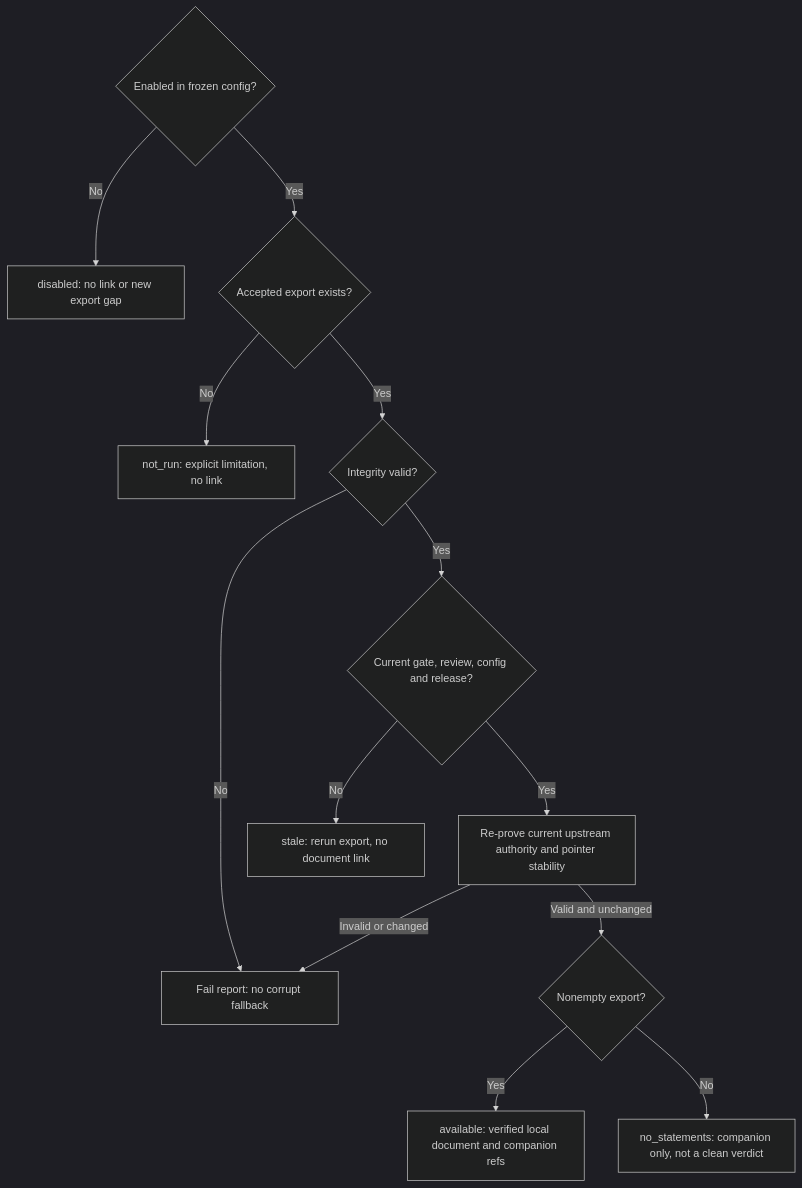
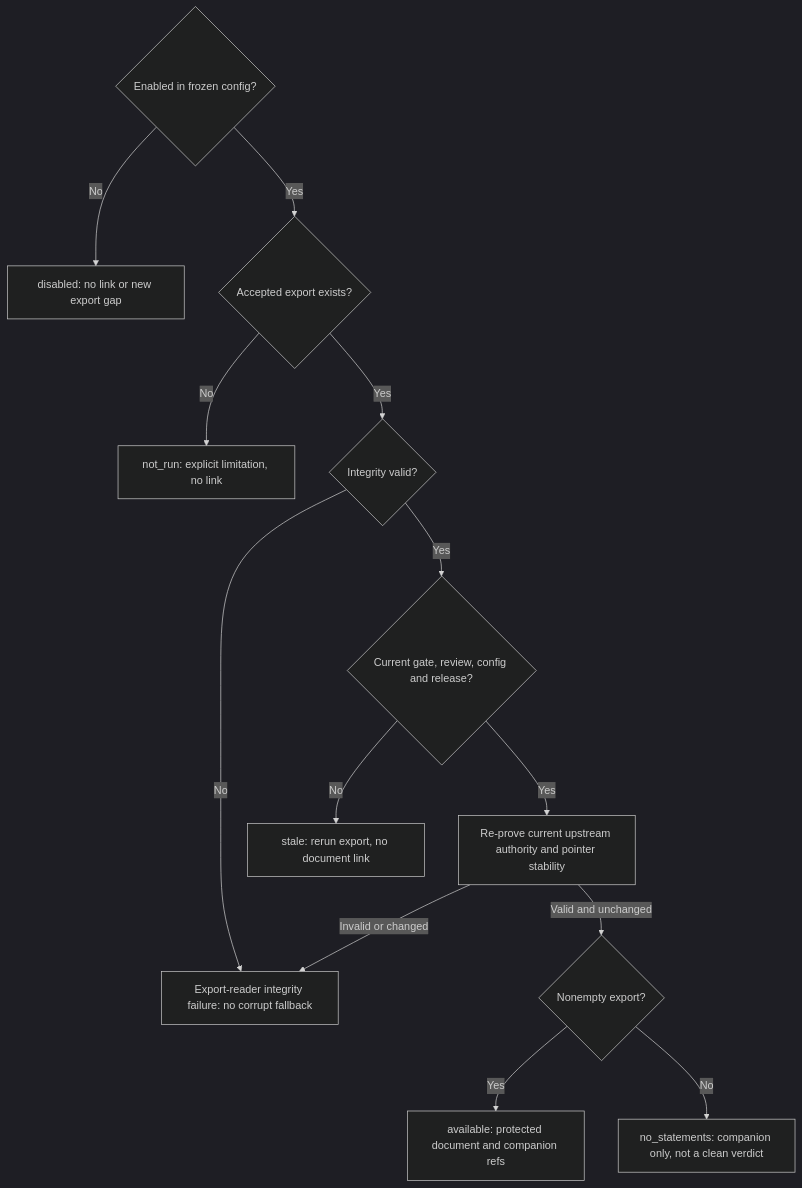
One commit to wsollers/appsec-review changed the third of 3 diagrams in docs/operations/openvex-export.md. Above: the diagram before and after it, drawn with Mermaid (dark theme). The commit also changed other lines of this file and 8 other files, not shown here.

````diff
--- a/docs/operations/openvex-export.md
+++ b/docs/operations/openvex-export.md
@@ -228,16 +254,16 @@
 ```mermaid
 flowchart TD
     Enabled{"Enabled in frozen config?"}
     Enabled -->|No| Disabled["disabled: no link or new export gap"]
     Enabled -->|Yes| Accepted{"Accepted export exists?"}
     Accepted -->|No| Missing["not_run: explicit limitation, no link"]
     Accepted -->|Yes| Valid{"Integrity valid?"}
-    Valid -->|No| Error["Fail report: no corrupt fallback"]
+    Valid -->|No| Error["Export-reader integrity failure: no corrupt fallback"]
     Valid -->|Yes| Current{"Current gate, review, config and release?"}
     Current -->|No| Stale["stale: rerun export, no document link"]
     Current -->|Yes| Reprove["Re-prove current upstream authority and pointer stability"]
     Reprove -->|Invalid or changed| Error
     Reprove -->|Valid and unchanged| Nonempty{"Nonempty export?"}
-    Nonempty -->|Yes| Available["available: verified local document and companion refs"]
+    Nonempty -->|Yes| Available["available: protected document and companion refs"]
     Nonempty -->|No| Empty["no_statements: companion only, not a clean verdict"]
 ```
````
